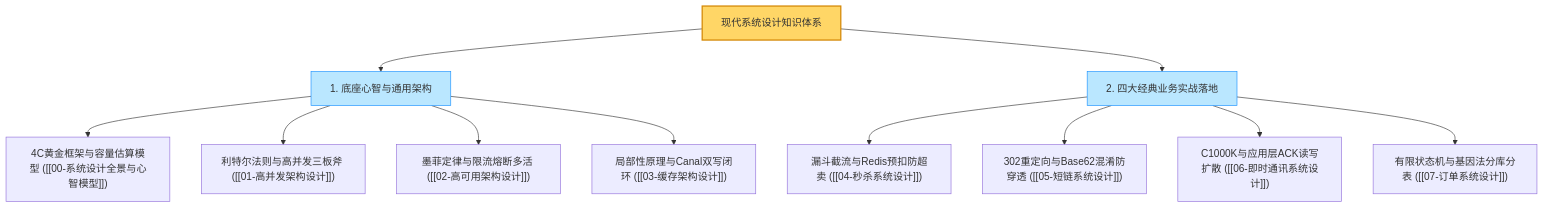
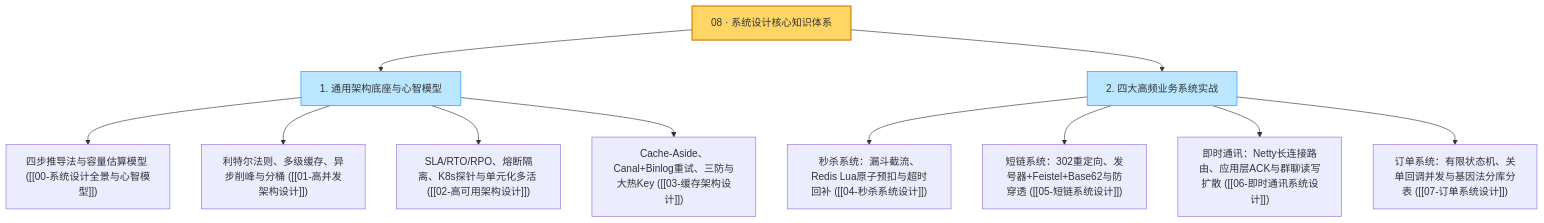
One commit to GuoWWWX/knowledge-base changed the diagram in 20-Java后端/08-系统设计/99-本章总结与复习.md. Above: the diagram before and after it, drawn with Mermaid. The commit also changed other lines of this file and 251 other files, not shown here.

````diff
--- a/20-Java后端/08-系统设计/99-本章总结与复习.md
+++ b/20-Java后端/08-系统设计/99-本章总结与复习.md
@@ -25,19 +25,19 @@
 ```mermaid
 flowchart TD
     classDef root fill:#ffd666,stroke:#d48806,stroke-width:2px;
     classDef branch fill:#bae7ff,stroke:#1890ff,stroke-width:1px;
 
-    System["现代系统设计知识体系"]:::root
+    System["08 · 系统设计核心知识体系"]:::root
 
-    System --> C1["1. 底座心智与通用架构"]:::branch
-    C1 --> C11["4C黄金框架与容量估算模型 ([[00-系统设计全景与心智模型]])"]
-    C1 --> C12["利特尔法则与高并发三板斧 ([[01-高并发架构设计]])"]
-    C1 --> C13["墨菲定律与限流熔断多活 ([[02-高可用架构设计]])"]
-    C1 --> C14["局部性原理与Canal双写闭环 ([[03-缓存架构设计]])"]
+    System --> C1["1. 通用架构底座与心智模型"]:::branch
+    C1 --> C11["四步推导法与容量估算模型 ([[00-系统设计全景与心智模型]])"]
+    C1 --> C12["利特尔法则、多级缓存、异步削峰与分桶 ([[01-高并发架构设计]])"]
+    C1 --> C13["SLA/RTO/RPO、熔断隔离、K8s探针与单元化多活 ([[02-高可用架构设计]])"]
+    C1 --> C14["Cache-Aside、Canal+Binlog重试、三防与大热Key ([[03-缓存架构设计]])"]
 
-    System --> C2["2. 四大经典业务实战落地"]:::branch
-    C2 --> C21["漏斗截流与Redis预扣防超卖 ([[04-秒杀系统设计]])"]
-    C2 --> C22["302重定向与Base62混淆防穿透 ([[05-短链系统设计]])"]
-    C2 --> C23["C1000K与应用层ACK读写扩散 ([[06-即时通讯系统设计]])"]
-    C2 --> C24["有限状态机与基因法分库分表 ([[07-订单系统设计]])"]
+    System --> C2["2. 四大高频业务系统实战"]:::branch
+    C2 --> C21["秒杀系统：漏斗截流、Redis Lua原子预扣与超时回补 ([[04-秒杀系统设计]])"]
+    C2 --> C22["短链系统：302重定向、发号器+Feistel+Base62与防穿透 ([[05-短链系统设计]])"]
+    C2 --> C23["即时通讯：Netty长连接路由、应用层ACK与群聊读写扩散 ([[06-即时通讯系统设计]])"]
+    C2 --> C24["订单系统：有限状态机、关单回调并发与基因法分库分表 ([[07-订单系统设计]])"]
 ```
````
